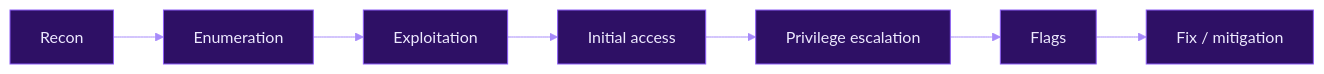
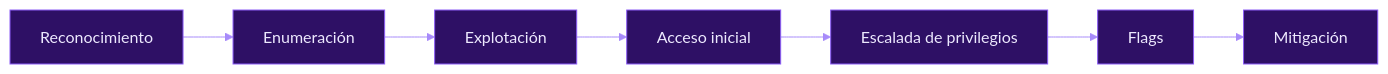
Before and after one commit to phanesopenyoureyes/hacking-journey: the diagram in README.md, drawn with Mermaid. The commit also changed other lines of this file and 14 other files, not shown here.

````diff
--- a/README.md
+++ b/README.md
@@ -63,10 +72,10 @@
 ```mermaid
 %%{init: {'theme':'base','themeVariables':{'primaryColor':'#2e1065','primaryTextColor':'#ede9fe','primaryBorderColor':'#8b5cf6','lineColor':'#a78bfa','secondaryColor':'#1a1033','tertiaryColor':'#0d0b1a','fontFamily':'ui-sans-serif,system-ui'}}}%%
 flowchart LR
-    A[Recon] --> B[Enumeration]
-    B --> C[Exploitation]
-    C --> D[Initial access]
-    D --> E[Privilege escalation]
+    A[Reconocimiento] --> B[Enumeración]
+    B --> C[Explotación]
+    C --> D[Acceso inicial]
+    D --> E[Escalada de privilegios]
     E --> F[Flags]
-    F --> G[Fix / mitigation]
+    F --> G[Mitigación]
 ```
````
